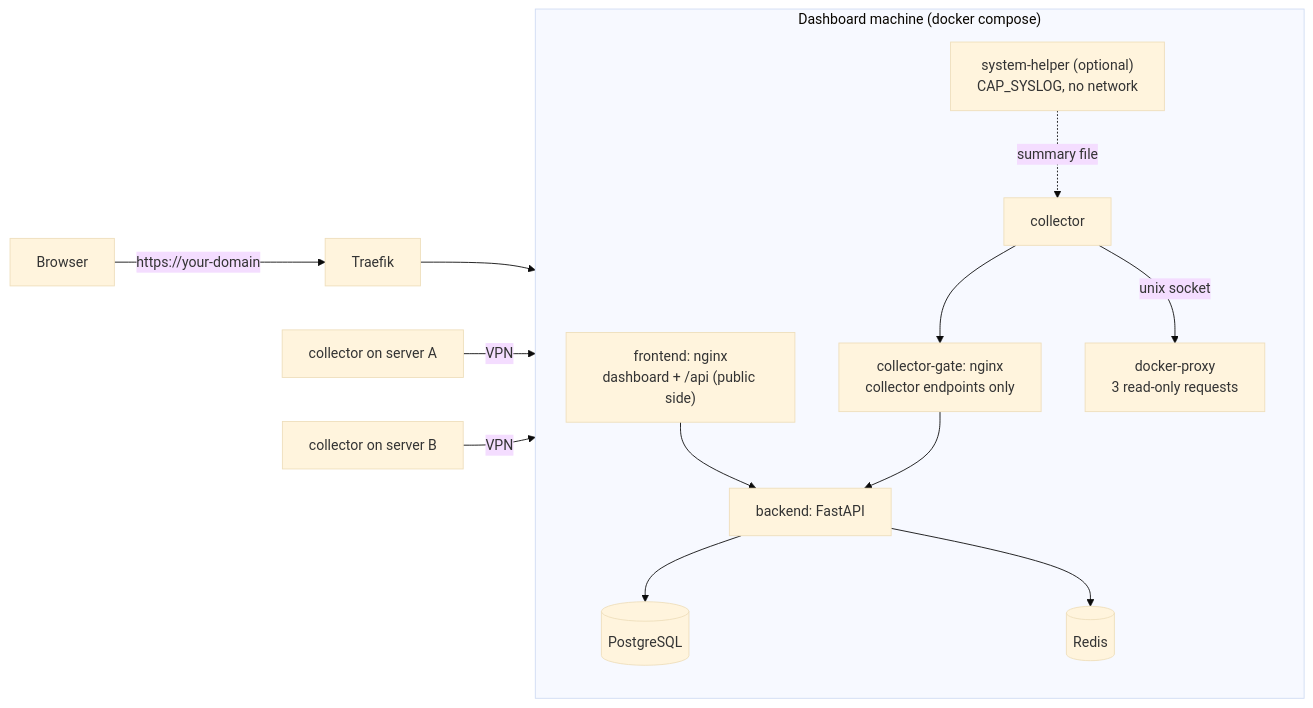
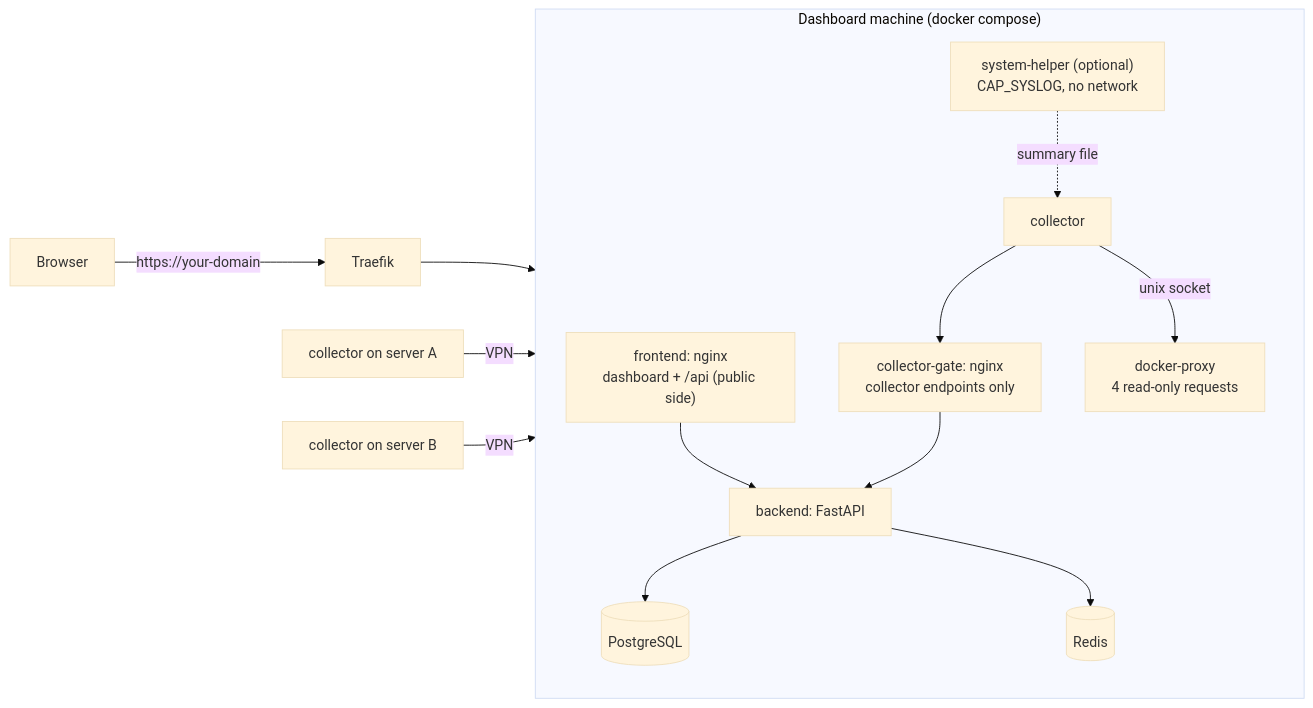
Before and after one commit to karloks2005/Infradeck: the diagram in README.md, drawn with Mermaid (base theme). The commit also changed other lines of this file and 24 other files, not shown here.

````diff
--- a/README.md
+++ b/README.md
@@ -73,17 +73,17 @@
 ```mermaid
 flowchart LR
     subgraph main["Dashboard machine (docker compose)"]
         direction TB
         proxy["frontend: nginx<br/>dashboard + /api (public side)"] --> backend["backend: FastAPI"]
         gate["collector-gate: nginx<br/>collector endpoints only"] --> backend
         backend --> pg[(PostgreSQL)]
         backend --> redis[(Redis)]
         localc["collector"] --> gate
-        localc -->|"unix socket"| dproxy["docker-proxy<br/>3 read-only requests"]
+        localc -->|"unix socket"| dproxy["docker-proxy<br/>4 read-only requests"]
         helper["system-helper (optional)<br/>CAP_SYSLOG, no network"] -.->|"summary file"| localc
     end
     browser["Browser"] -->|"https://your-domain"| traefik["Traefik"]
     traefik --> proxy
     c1["collector on server A"] -->|"VPN"| gate
     c2["collector on server B"] -->|"VPN"| gate
 ```
````
